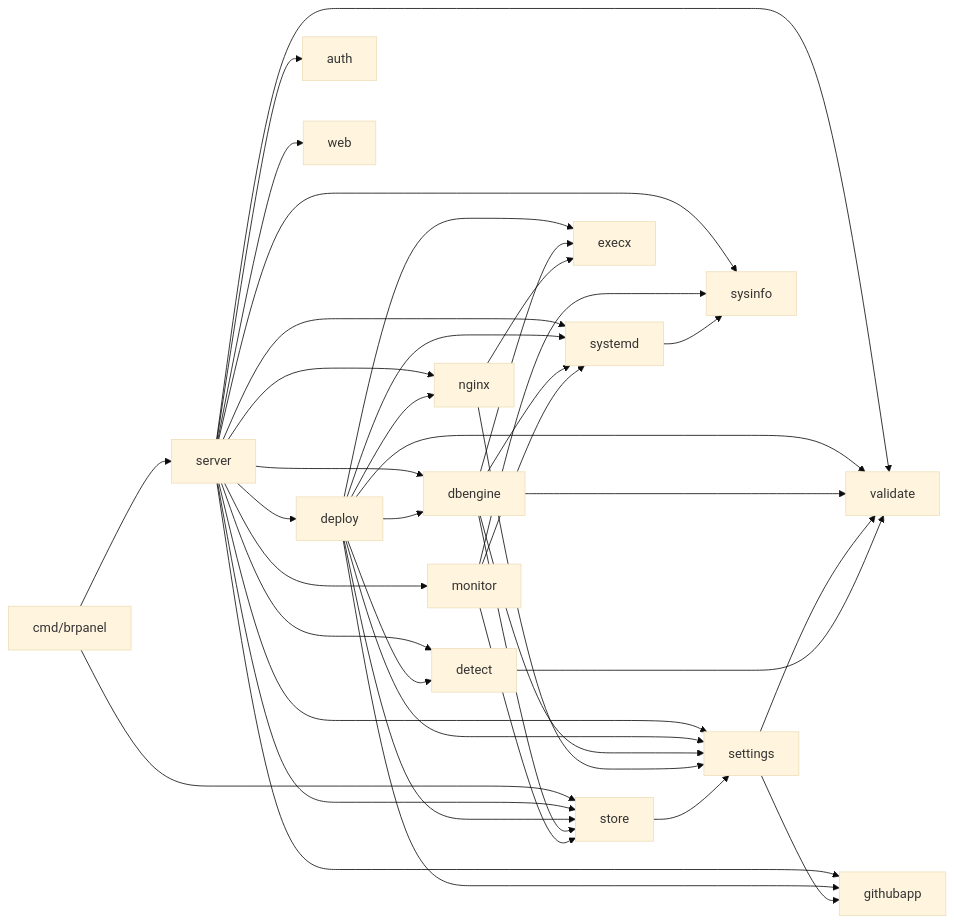
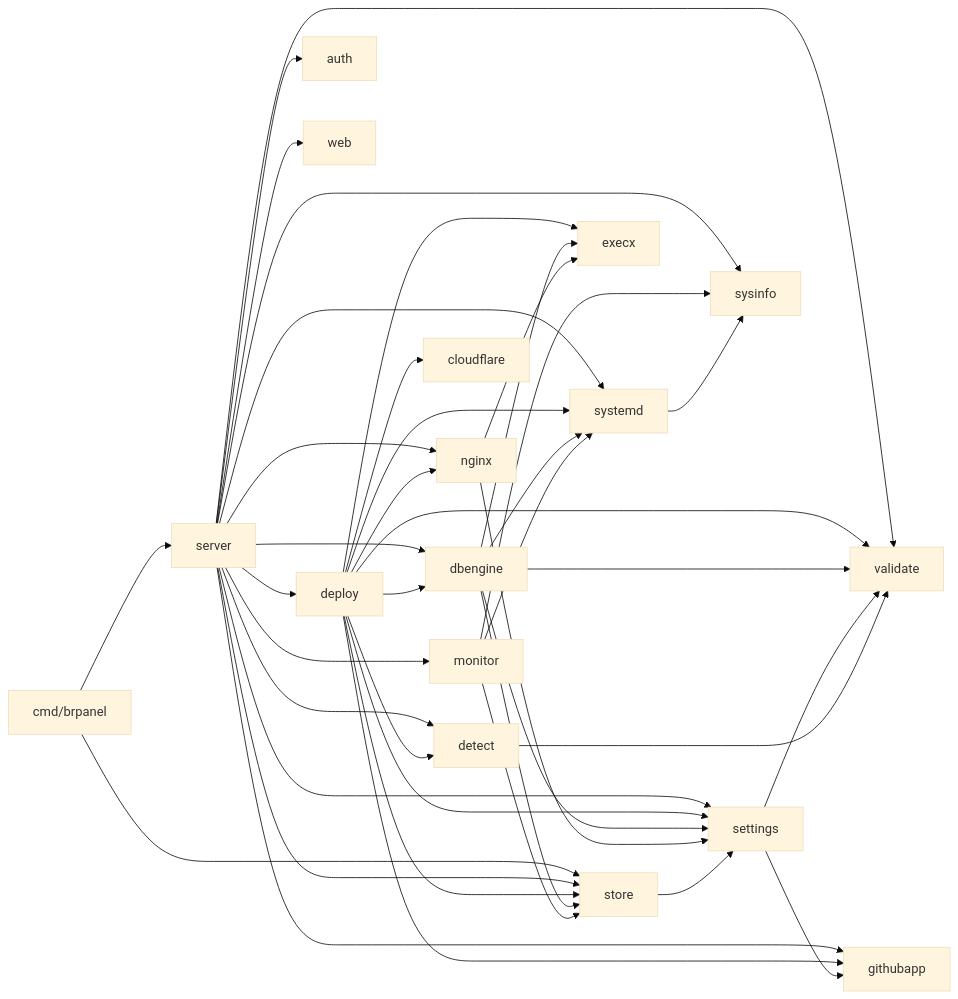
The diagram in docs/architecture.md (viniciusdev772/br_panel), drawn with Mermaid (base theme) before and after one commit. The commit also changed other lines of this file and 12 other files, not shown here.

````diff
--- a/docs/architecture.md
+++ b/docs/architecture.md
@@ -28,14 +29,14 @@
 ```mermaid
 graph LR
   cmd[cmd/brpanel] --> server
   cmd --> store
   server --> dbengine & deploy & monitor & auth & settings & store & githubapp & nginx & detect & systemd & sysinfo & validate & web
-  deploy --> detect & nginx & githubapp & settings & store & systemd & validate & execx & dbengine
+  deploy --> cloudflare & detect & nginx & githubapp & settings & store & systemd & validate & execx & dbengine
   dbengine --> settings & store & systemd & validate & execx
   monitor --> store & sysinfo & systemd
   nginx --> settings & execx
   store --> settings
   settings --> githubapp & validate
   systemd --> sysinfo
   detect --> validate
 ```
````
